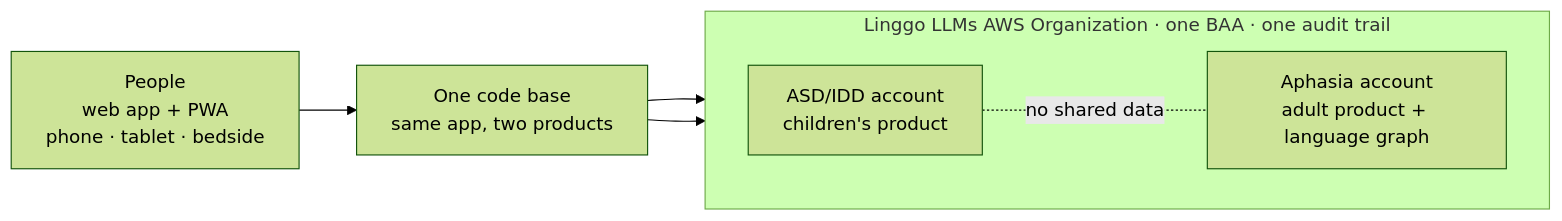
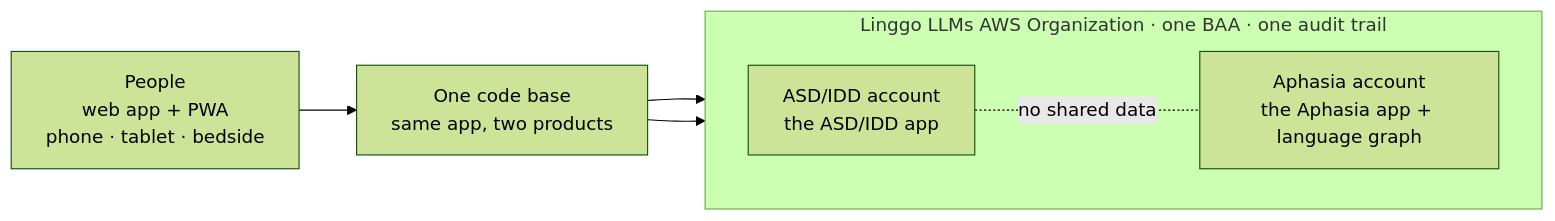
The first of 3 diagrams in LINGGO-LLMS.md (linggollms/linggollms-docs), drawn with Mermaid (forest theme) before and after one commit. The commit also changed other lines of this file and 5 other files, not shown here.

Commit message:
Say the Aphasia app and the ASD/IDD app; first beta released in 2021, during COVID

````diff
--- a/LINGGO-LLMS.md
+++ b/LINGGO-LLMS.md
@@ -131,14 +131,14 @@
 ```mermaid
 flowchart LR
   P["People<br/>web app + PWA<br/>phone · tablet · bedside"]
   APP["One code base<br/>same app, two products"]
   subgraph ORG["Linggo LLMs AWS Organization · one BAA · one audit trail"]
     direction LR
-    A["ASD/IDD account<br/>children's product"]
-    B["Aphasia account<br/>adult product + language graph"]
+    A["ASD/IDD account<br/>the ASD/IDD app"]
+    B["Aphasia account<br/>the Aphasia app + language graph"]
   end
   P --> APP
   APP --> A
   APP --> B
   A -. no shared data .- B
 ```
````
